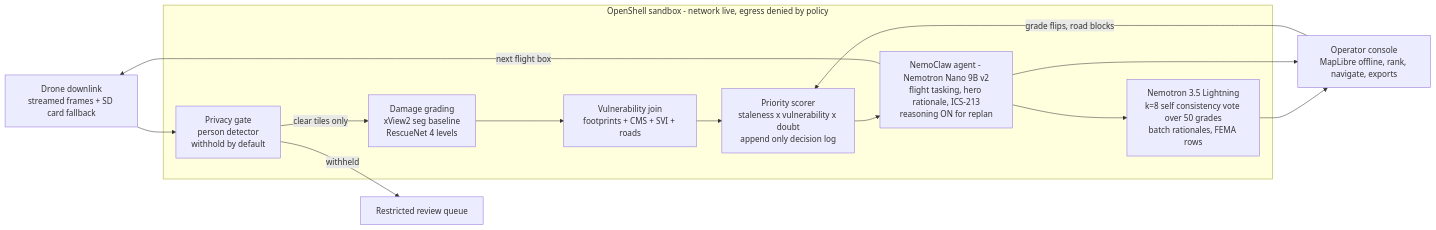
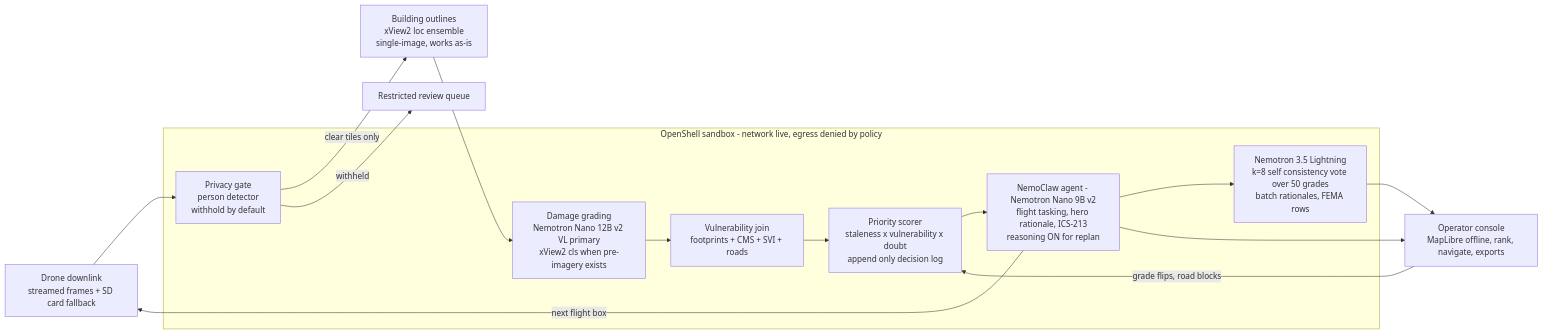
The diagram in README.md (AdityaIndoori/FirstLight-Nvidia-Spark-Hackathon-08-2026), drawn with Mermaid before and after one commit. The commit also changed other lines of this file, not shown here.

````diff
--- a/README.md
+++ b/README.md
@@ -51,23 +70,24 @@
 ```mermaid
 flowchart LR
     DL[Drone downlink<br/>streamed frames + SD card fallback] --> GATE[Privacy gate<br/>person detector<br/>withhold by default]
-    GATE -->|clear tiles only| SEG[Damage grading<br/>xView2 seg baseline<br/>RescueNet 4 levels]
+    GATE -->|clear tiles only| LOC[Building outlines<br/>xView2 loc ensemble<br/>single-image, works as-is]
+    LOC --> SEG[Damage grading<br/>Nemotron Nano 12B v2 VL primary<br/>xView2 cls when pre-imagery exists]
     GATE -->|withheld| REVIEW[Restricted review queue]
     SEG --> JOIN[Vulnerability join<br/>footprints + CMS + SVI + roads]
     JOIN --> SCORE[Priority scorer<br/>staleness x vulnerability x doubt<br/>append only decision log]
     SCORE --> AGENT[NemoClaw agent - Nemotron Nano 9B v2<br/>flight tasking, hero rationale, ICS-213<br/>reasoning ON for replan]
     AGENT --> LIGHT[Nemotron 3.5 Lightning<br/>k=8 self consistency vote over 50 grades<br/>batch rationales, FEMA rows]
     LIGHT --> UI[Operator console<br/>MapLibre offline, rank, navigate, exports]
     AGENT --> UI
     UI -->|grade flips, road blocks| SCORE
     AGENT -->|next flight box| DL
 
     subgraph SHELL[OpenShell sandbox - network live, egress denied by policy]
         GATE
         SEG
         JOIN
         SCORE
         AGENT
         LIGHT
     end
 ```
````
